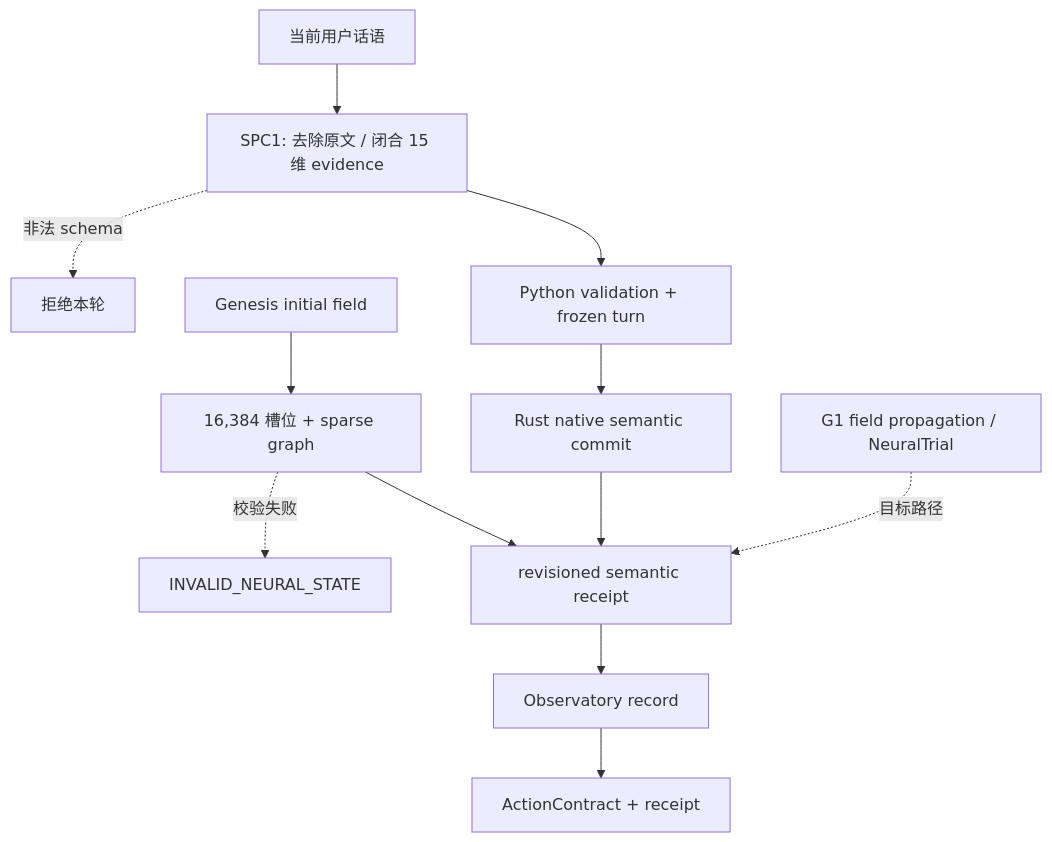
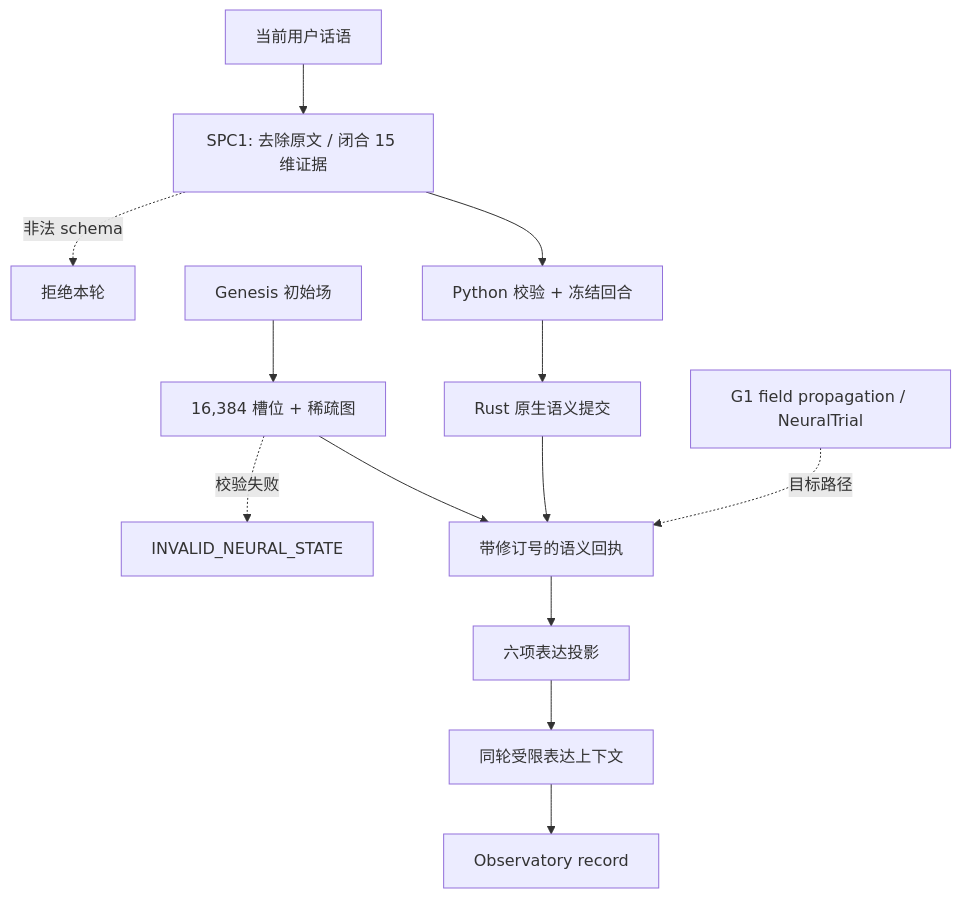
Before and after one commit to 2718labs/astrbot_plugin_astrembodiment: the fourth of 9 diagrams in README.md, drawn with Mermaid. The commit also changed other lines of this file and 14 other files, not shown here.

````diff
--- a/README.md
+++ b/README.md
@@ -179,14 +182,15 @@
 ```mermaid
 flowchart TD
-    A[当前用户话语] --> B[SPC1: 去除原文 / 闭合 15 维 evidence]
-    B --> C[Python validation + frozen turn]
-    C --> D[Rust native semantic commit]
-    E[Genesis initial field] --> F[16,384 槽位 + sparse graph]
-    D --> G[revisioned semantic receipt]
+    A[当前用户话语] --> B[SPC1: 去除原文 / 闭合 15 维证据]
+    B --> C[Python 校验 + 冻结回合]
+    C --> D[Rust 原生语义提交]
+    E[Genesis 初始场] --> F[16,384 槽位 + 稀疏图]
+    D --> G[带修订号的语义回执]
     F --> G
-    G --> H[Observatory record]
-    H --> I[ActionContract + receipt]
+    G --> H[六项表达投影]
+    H --> I[同轮受限表达上下文]
+    I --> M[Observatory record]
     B -.非法 schema.-> J[拒绝本轮]
     K[G1 field propagation / NeuralTrial] -.目标路径.-> G
     F -.校验失败.-> L[INVALID_NEURAL_STATE]
 ```
````
